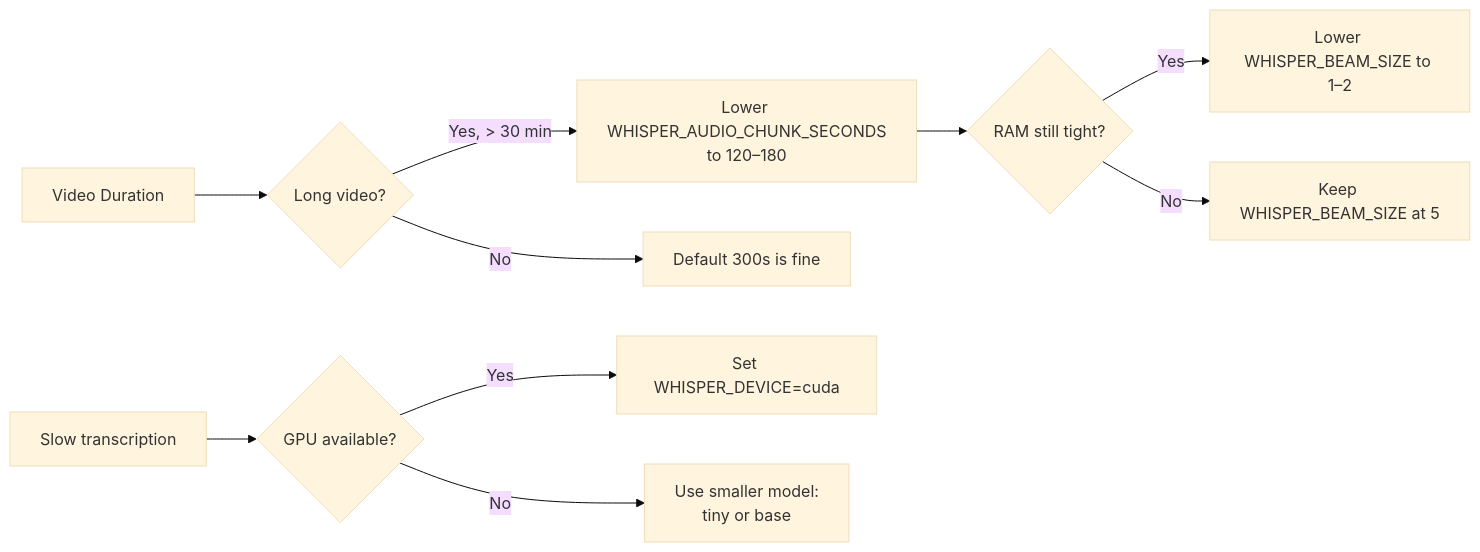
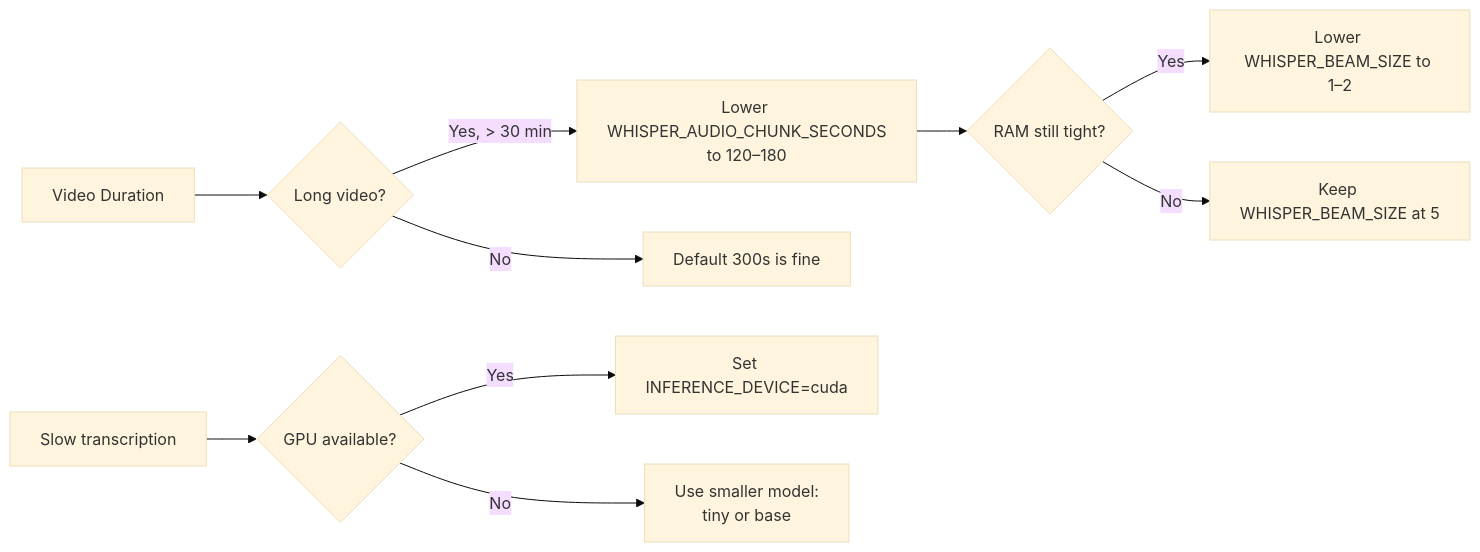
The fourth of 5 diagrams in README.md (Max-APL/BMSC-AI-Video), drawn with Mermaid (base theme) before and after one commit. The commit also changed other lines of this file and 25 other files, not shown here.

````diff
--- a/README.md
+++ b/README.md
@@ -402,12 +452,12 @@
 ```mermaid
 graph LR
     A[Video Duration] --> B{Long video?}
     B -->|Yes, > 30 min| C[Lower WHISPER_AUDIO_CHUNK_SECONDS\nto 120–180]
     B -->|No| D[Default 300s is fine]
     C --> E{RAM still tight?}
     E -->|Yes| F[Lower WHISPER_BEAM_SIZE to 1–2]
     E -->|No| G[Keep WHISPER_BEAM_SIZE at 5]
     H[Slow transcription] --> I{GPU available?}
-    I -->|Yes| J[Set WHISPER_DEVICE=cuda]
+    I -->|Yes| J[Set INFERENCE_DEVICE=cuda]
     I -->|No| K[Use smaller model:\ntiny or base]
 ```
````
